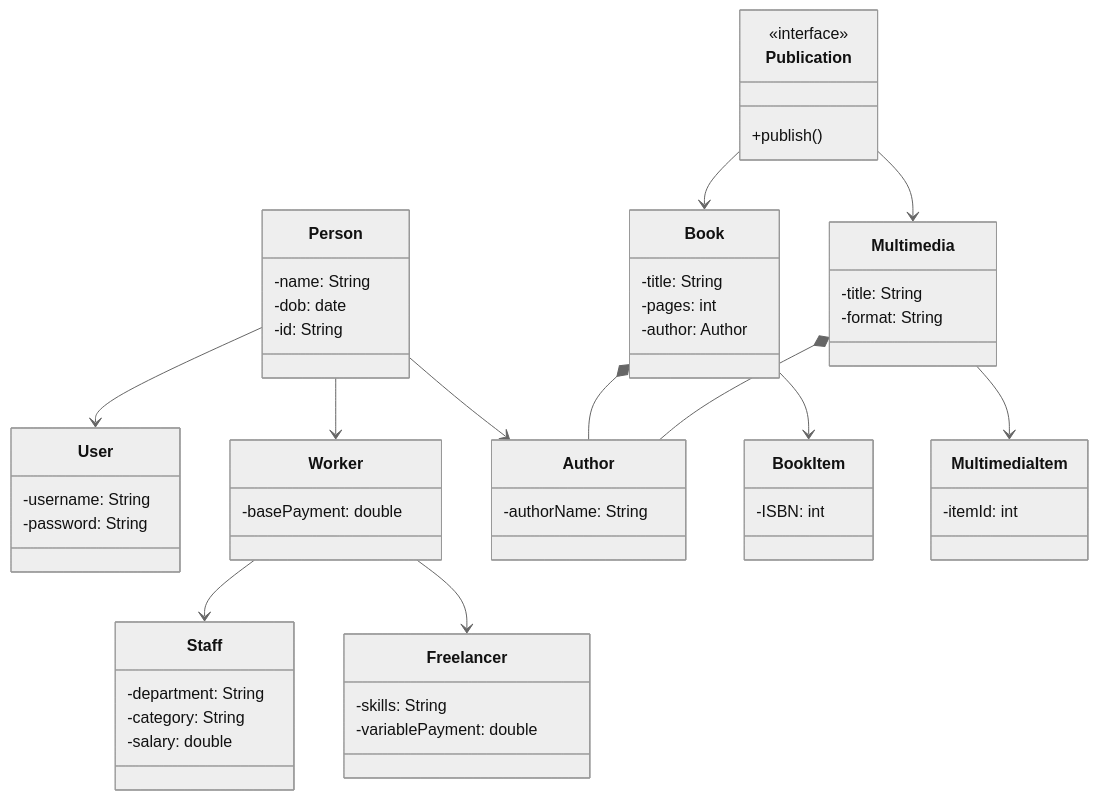
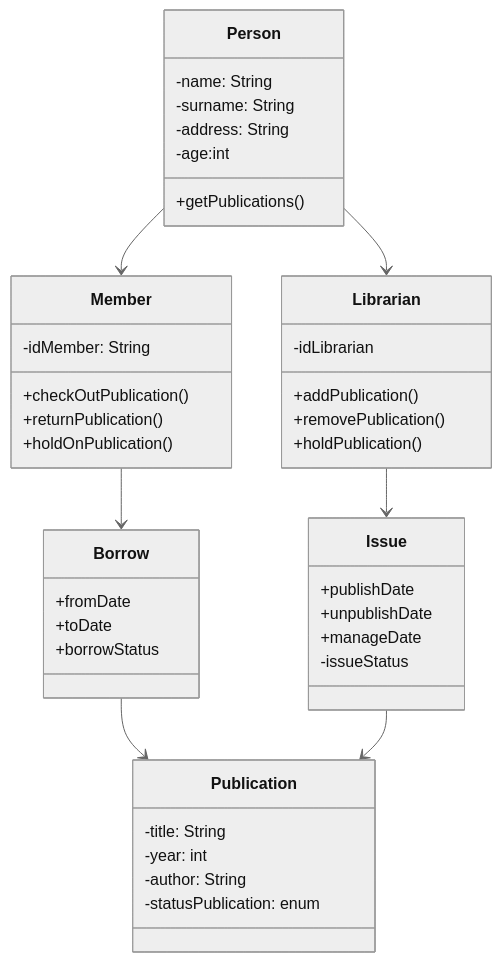
The first of 4 diagrams in javase/selab3-1.qmd (daviddevops96/wiki), drawn with Mermaid (neutral theme) before and after one commit. The commit also changed other lines of this file and 3 other files, not shown here.

````diff
--- a/javase/selab3-1.qmd
+++ b/javase/selab3-1.qmd
@@ -192,71 +191,53 @@
 ```{mermaid}
 classDiagram
+
+class Publication {
+  -title: String
+  -year: int
+  -author: String
+  -statusPublication: enum
+}
+
+class Borrow {
+    +fromDate
+    +toDate
+    +borrowStatus
+}
+
+class Issue {
+    +publishDate
+    +unpublishDate
+    +manageDate
+    -issueStatus
+}
+
+class Member {
+    -idMember: String
+    +checkOutPublication()
+    +returnPublication()
+    +holdOnPublication()
+}
+
+class Librarian {
+    -idLibrarian
+    +addPublication()
+    +removePublication()
+    +holdPublication()
+  
+}
+
 class Person {
     -name: String
-    -dob: date
-    -id: String
+    -surname: String
+    -address: String
+    -age:int
+    +getPublications()
 }
 
-class User {
-    -username: String
-    -password: String
-}
-
-class Worker {
-    -basePayment: double
-}
-
-class Staff {
-    -department: String
-    -category: String
-    -salary: double
-}
-
-class Freelancer {
-    -skills: String
-    -variablePayment: double
-}
-
-class Author {
-    -authorName: String
-}
-
-
-class Publication {
-    <<interface>>
-    +publish()
-}
-
-
-class Book {
-    -title: String
-    -pages: int
-    -author: Author
-}
-
-class BookItem {
-    -ISBN: int
-}
-
-class Multimedia {
-    -title: String
-    -format: String
-}
-
-class MultimediaItem {
-    -itemId: int
-}
-
-Person --> User
-Person --> Worker
-Worker --> Staff
-Worker --> Freelancer
-Person --> Author
-Book *-- Author
-Multimedia *-- Author
-Publication --> Book
-Publication --> Multimedia
-Book --> BookItem
-Multimedia --> MultimediaItem
-
+Person --> Member
+Person --> Librarian
+Member --> Borrow
+Borrow --> Publication
+Librarian --> Issue
+Issue --> Publication
 ```
````
